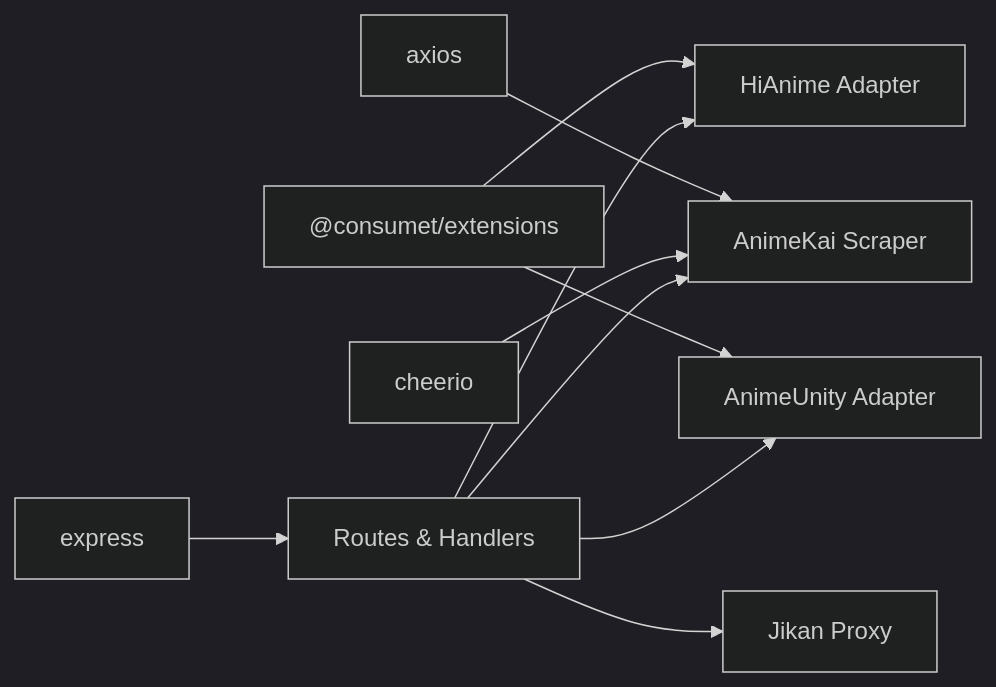
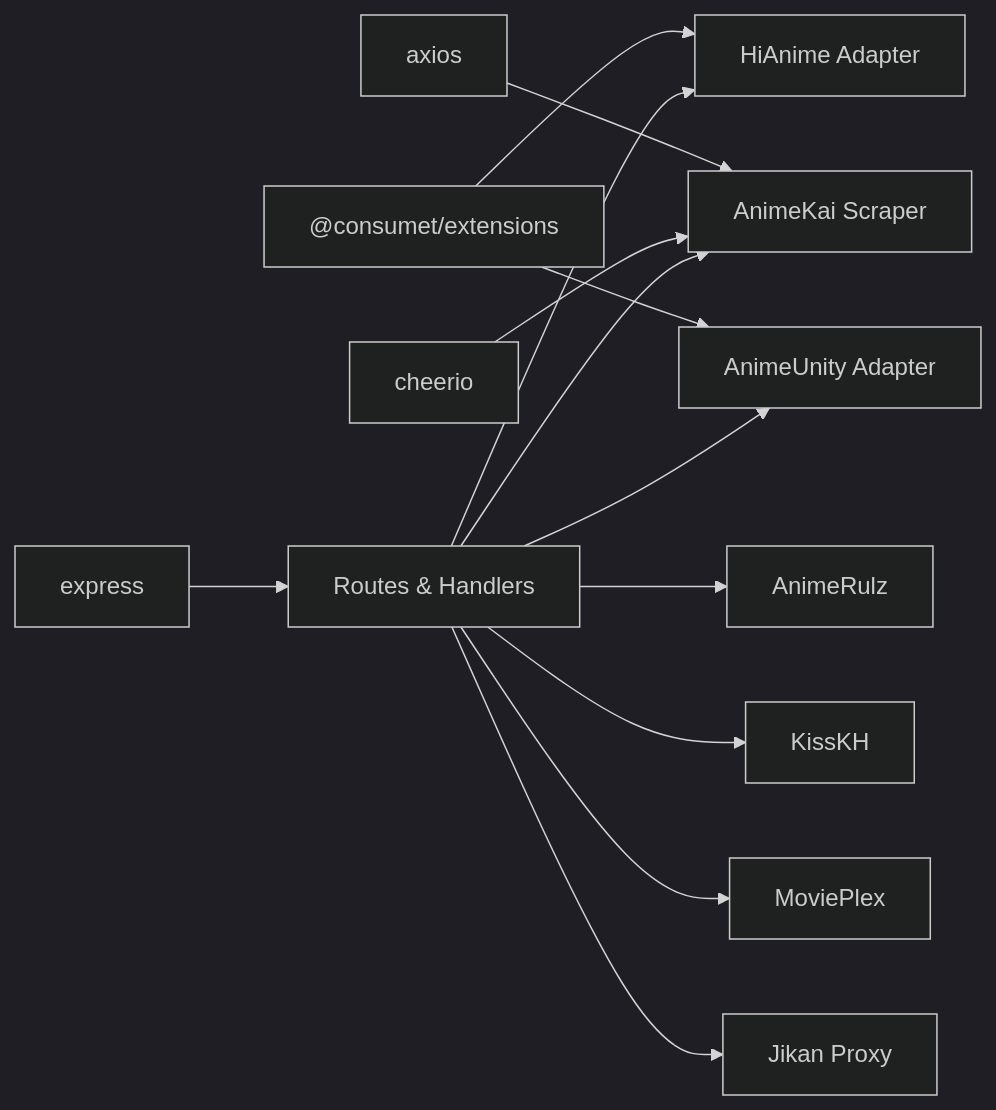
The seventh of 7 diagrams in .qoder/repowiki/en/content/Backend Services/Content Provider Integration/Content Provider Integration.md (techniciansupremus-lab/Project-Anime), drawn with Mermaid (dark theme) before and after one commit. The commit also changed other lines of this file and 101 other files, not shown here.

````diff
--- a/.qoder/repowiki/en/content/Backend Services/Content Provider Integration/Content Provider Integration.md
+++ b/.qoder/repowiki/en/content/Backend Services/Content Provider Integration/Content Provider Integration.md
@@ -293,12 +367,15 @@
 ```mermaid
 graph LR
 PKG["@consumet/extensions"] --> HI["HiAnime Adapter"]
 PKG --> AU["AnimeUnity Adapter"]
 AX["axios"] --> AKS["AnimeKai Scraper"]
 CH["cheerio"] --> AKS
 EXP["express"] --> API["Routes & Handlers"]
 API --> HI
 API --> AKS
 API --> AU
+API --> AR["AnimeRulz"]
+API --> KK["KissKH"]
+API --> MP["MoviePlex"]
 API --> JIK["Jikan Proxy"]
 ```
````
